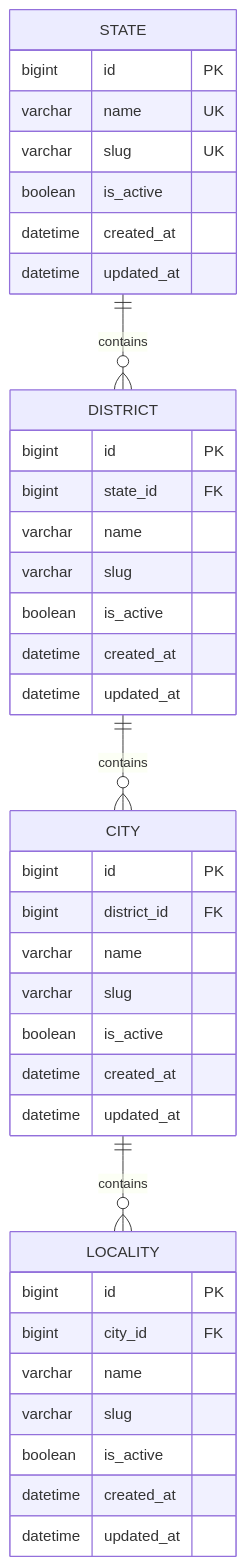
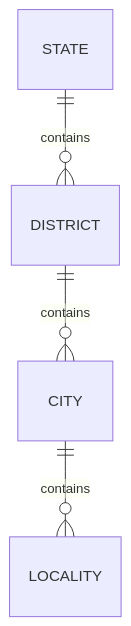
One commit to avviiiral/Swastik-Properties changed the diagram in docs/LOCATION_DATA_MODEL.md. Above: the diagram before and after it, drawn with Mermaid. The commit also changed other lines of this file and 11 other files, not shown here.

````diff
--- a/docs/LOCATION_DATA_MODEL.md
+++ b/docs/LOCATION_DATA_MODEL.md
@@ -9,42 +9,6 @@
 ```mermaid
 erDiagram
     STATE ||--o{ DISTRICT : contains
     DISTRICT ||--o{ CITY : contains
     CITY ||--o{ LOCALITY : contains
-
-    STATE {
-        bigint id PK
-        varchar name UK
-        varchar slug UK
-        boolean is_active
-        datetime created_at
-        datetime updated_at
-    }
-    DISTRICT {
-        bigint id PK
-        bigint state_id FK
-        varchar name
-        varchar slug
-        boolean is_active
-        datetime created_at
-        datetime updated_at
-    }
-    CITY {
-        bigint id PK
-        bigint district_id FK
-        varchar name
-        varchar slug
-        boolean is_active
-        datetime created_at
-        datetime updated_at
-    }
-    LOCALITY {
-        bigint id PK
-        bigint city_id FK
-        varchar name
-        varchar slug
-        boolean is_active
-        datetime created_at
-        datetime updated_at
-    }
 ```
````
